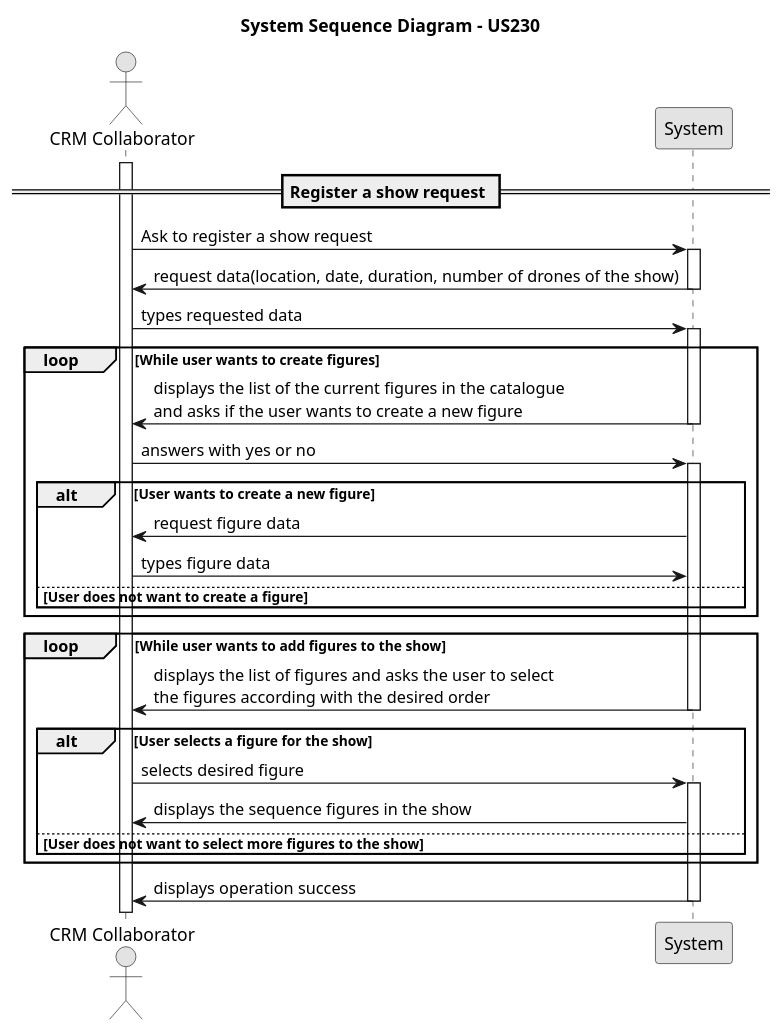
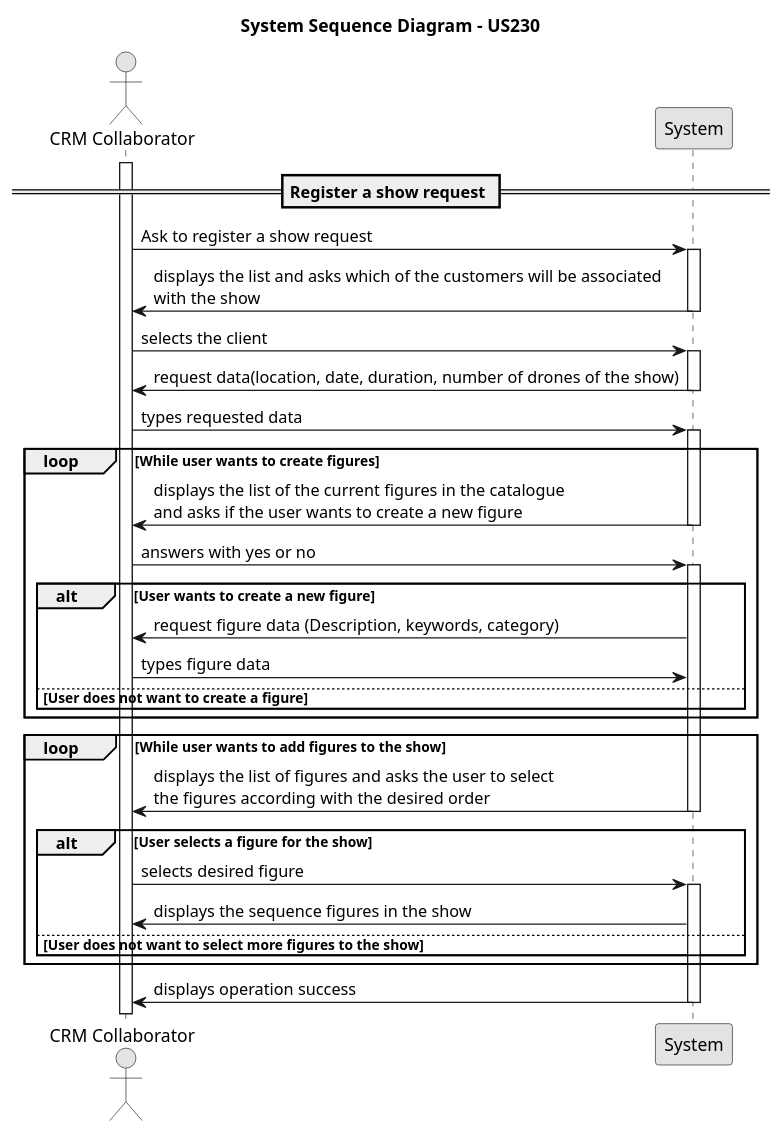
One commit to rubenFreitas1/ISEP-LAPR4-2024-2025 changed the diagram in docs/Sprint2/us_230/diagrams/system-sequence-diagram-US230.puml. Above: the diagram before and after it, drawn with PlantUML. The commit also changed 4 other files, not shown here.

Commit message:
made design of US230 #21(#86), also made some small updates to the system sequence diagram (#85)

```diff
--- a/docs/Sprint2/us_230/diagrams/system-sequence-diagram-US230.puml
+++ b/docs/Sprint2/us_230/diagrams/system-sequence-diagram-US230.puml
@@ -1,52 +1,58 @@
 @startuml
 skinparam monochrome true
 skinparam packageStyle rectangle
 skinparam shadowing false
 
 actor "CRM Collaborator" as crmCollaborator
 participant "System" as system
 
 title System Sequence Diagram - US230
 
  == Register a show request ==
  activate crmCollaborator
 
      crmCollaborator -> system : Ask to register a show request
      activate system
 
-         system -> crmCollaborator : request data(location, date, duration, number of drones of the show)
+        system -> crmCollaborator : displays the list and asks which of the customers will be associated \nwith the show
+     deactivate system
+
+     crmCollaborator -> system : selects the client
+     activate system
+
+        system -> crmCollaborator : request data(location, date, duration, number of drones of the show)
      deactivate system
 
      crmCollaborator -> system : types requested data
      activate system
 
          loop While user wants to create figures
          system -> crmCollaborator : displays the list of the current figures in the catalogue \nand asks if the user wants to create a new figure
      deactivate system
 
      crmCollaborator -> system : answers with yes or no
      activate system
 
          alt User wants to create a new figure
-            system -> crmCollaborator : request figure data
+            system -> crmCollaborator : request figure data (Description, keywords, category)
             crmCollaborator -> system : types figure data
          else User does not want to create a figure
 
          end
          end
 
          loop While user wants to add figures to the show
          system -> crmCollaborator : displays the list of figures and asks the user to select \nthe figures according with the desired order
      deactivate system
      alt User selects a figure for the show
      crmCollaborator -> system : selects desired figure
      activate system
 
         system -> crmCollaborator : displays the sequence figures in the show
         else User does not want to select more figures to the show
         end
         end
 
         system -> crmCollaborator : displays operation success
      deactivate system
  @enduml
```
